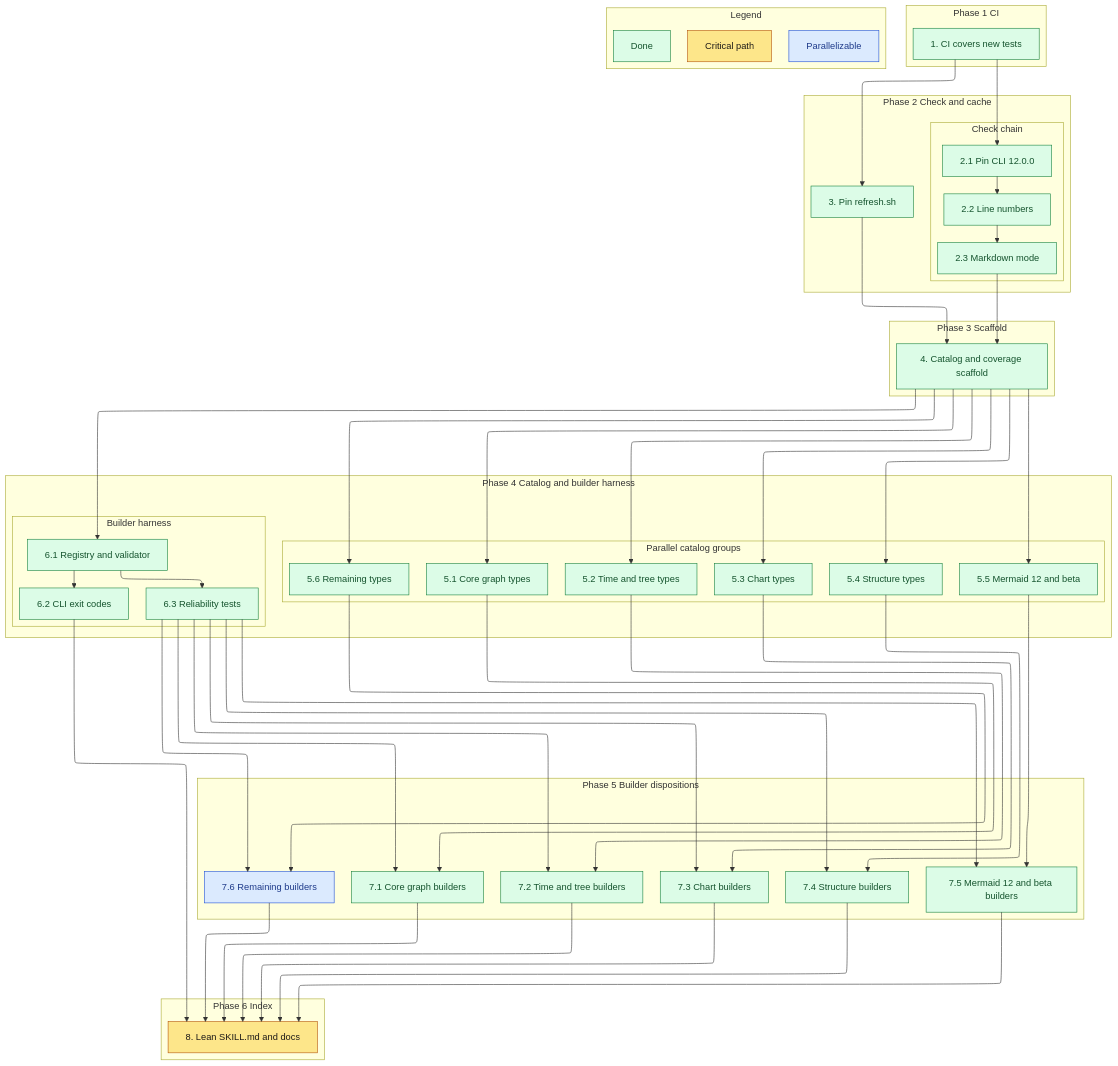
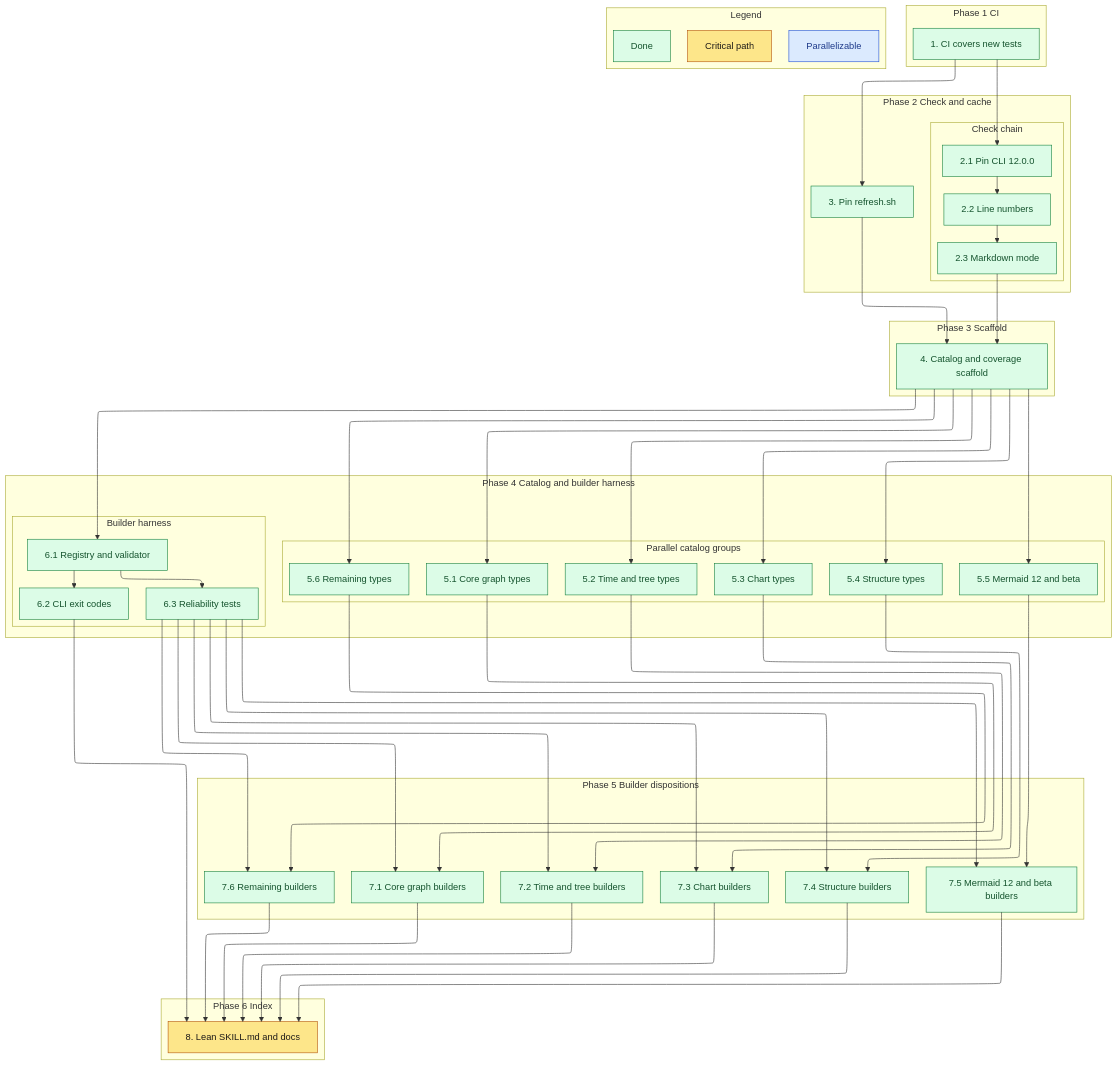
One commit to sohampatwardhan/mermaid-skill changed the diagram in .kiro/specs/mermaid-catalog/tasks.md. Above: the diagram before and after it, drawn with Mermaid. The commit also changed other lines of this file and 26 other files, not shown here.

````diff
--- a/.kiro/specs/mermaid-catalog/tasks.md
+++ b/.kiro/specs/mermaid-catalog/tasks.md
@@ -94,7 +94,7 @@
   classDef critical fill:#fde68a,stroke:#b45309,color:#1c1917
   classDef parallel fill:#dbeafe,stroke:#1d4ed8,color:#1e3a8a
   classDef done fill:#dcfce7,stroke:#15803d,color:#14532d
-  class t1,t2_1,t2_2,t2_3,t3,t4,t5_1,t5_2,t5_3,t5_4,t5_5,t5_6,t6_1,t6_2,t6_3,t7_1,t7_2,t7_3,t7_4,t7_5,ld done
+  class t1,t2_1,t2_2,t2_3,t3,t4,t5_1,t5_2,t5_3,t5_4,t5_5,t5_6,t6_1,t6_2,t6_3,t7_1,t7_2,t7_3,t7_4,t7_5,t7_6,ld done
   class t8,lc critical
-  class t7_6,lp parallel
+  class lp parallel
 ```
````
